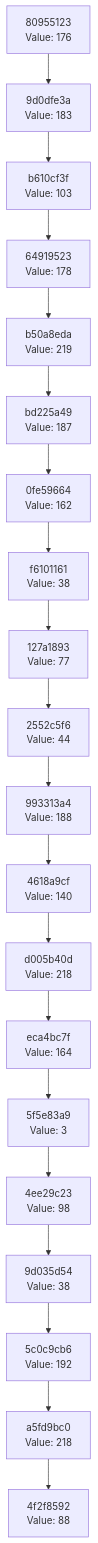
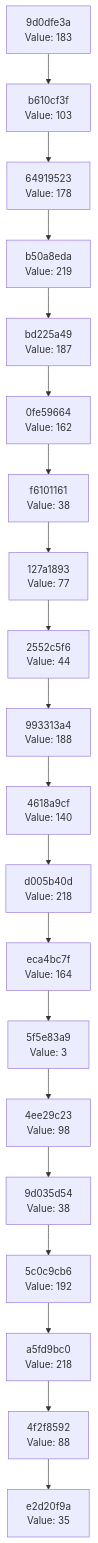
The diagram in docs/CHAIN_VISUALIZATION.md (Abhisheksinha1506/hash-chain-evolver), drawn with Mermaid before and after one commit. The commit also changed 3 other files, not shown here.

````diff
--- a/docs/CHAIN_VISUALIZATION.md
+++ b/docs/CHAIN_VISUALIZATION.md
@@ -3,42 +3,42 @@
 ```mermaid
 graph TD
-    C0["4f2f8592<br/>Value: 88"]
-    C1["a5fd9bc0<br/>Value: 218"]
+    C0["e2d20f9a<br/>Value: 35"]
+    C1["4f2f8592<br/>Value: 88"]
     C1 --> C0
-    C2["5c0c9cb6<br/>Value: 192"]
+    C2["a5fd9bc0<br/>Value: 218"]
     C2 --> C1
-    C3["9d035d54<br/>Value: 38"]
+    C3["5c0c9cb6<br/>Value: 192"]
     C3 --> C2
-    C4["4ee29c23<br/>Value: 98"]
+    C4["9d035d54<br/>Value: 38"]
     C4 --> C3
-    C5["5f5e83a9<br/>Value: 3"]
+    C5["4ee29c23<br/>Value: 98"]
     C5 --> C4
-    C6["eca4bc7f<br/>Value: 164"]
+    C6["5f5e83a9<br/>Value: 3"]
     C6 --> C5
-    C7["d005b40d<br/>Value: 218"]
+    C7["eca4bc7f<br/>Value: 164"]
     C7 --> C6
-    C8["4618a9cf<br/>Value: 140"]
+    C8["d005b40d<br/>Value: 218"]
     C8 --> C7
-    C9["993313a4<br/>Value: 188"]
+    C9["4618a9cf<br/>Value: 140"]
     C9 --> C8
-    C10["2552c5f6<br/>Value: 44"]
+    C10["993313a4<br/>Value: 188"]
     C10 --> C9
-    C11["127a1893<br/>Value: 77"]
+    C11["2552c5f6<br/>Value: 44"]
     C11 --> C10
-    C12["f6101161<br/>Value: 38"]
+    C12["127a1893<br/>Value: 77"]
     C12 --> C11
-    C13["0fe59664<br/>Value: 162"]
+    C13["f6101161<br/>Value: 38"]
     C13 --> C12
-    C14["bd225a49<br/>Value: 187"]
+    C14["0fe59664<br/>Value: 162"]
     C14 --> C13
-    C15["b50a8eda<br/>Value: 219"]
+    C15["bd225a49<br/>Value: 187"]
     C15 --> C14
-    C16["64919523<br/>Value: 178"]
+    C16["b50a8eda<br/>Value: 219"]
     C16 --> C15
-    C17["b610cf3f<br/>Value: 103"]
+    C17["64919523<br/>Value: 178"]
     C17 --> C16
-    C18["9d0dfe3a<br/>Value: 183"]
+    C18["b610cf3f<br/>Value: 103"]
     C18 --> C17
-    C19["80955123<br/>Value: 176"]
+    C19["9d0dfe3a<br/>Value: 183"]
     C19 --> C18
 ```
````
